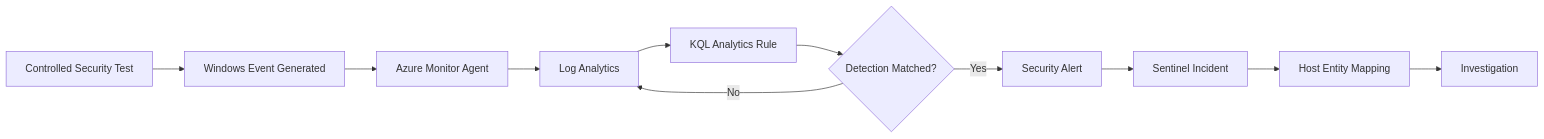
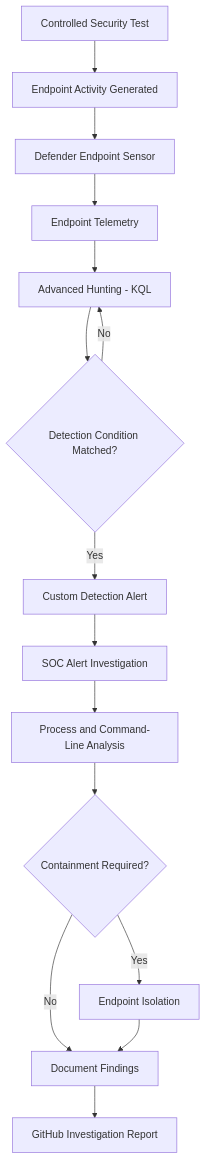
Before and after one commit to CyberAmal/microsoft-sentinel-cloud-soc: the second of 2 diagrams in README.md, drawn with Mermaid. The commit also changed other lines of this file, not shown here.

````diff
--- a/README.md
+++ b/README.md
@@ -91,24 +86,31 @@
 ```mermaid
-flowchart LR
+flowchart TD
     A["Controlled Security Test"]
-    B["Windows Event Generated"]
-    C["Azure Monitor Agent"]
-    D["Log Analytics"]
-    E["KQL Analytics Rule"]
-    F{"Detection Matched?"}
-    G["Security Alert"]
-    H["Sentinel Incident"]
-    I["Host Entity Mapping"]
-    J["Investigation"]
+    B["Endpoint Activity Generated"]
+    C["Defender Endpoint Sensor"]
+    D["Endpoint Telemetry"]
+    E["Advanced Hunting - KQL"]
+    F{"Detection Condition Matched?"}
+    G["Custom Detection Alert"]
+    H["SOC Alert Investigation"]
+    I["Process and Command-Line Analysis"]
+    J{"Containment Required?"}
+    K["Endpoint Isolation"]
+    L["Document Findings"]
+    M["GitHub Investigation Report"]
 
     A --> B
     B --> C
     C --> D
     D --> E
     E --> F
     F -->|Yes| G
-    F -->|No| D
+    F -->|No| E
     G --> H
     H --> I
     I --> J
+    J -->|Yes| K
+    J -->|No| L
+    K --> L
+    L --> M
 ```
````
